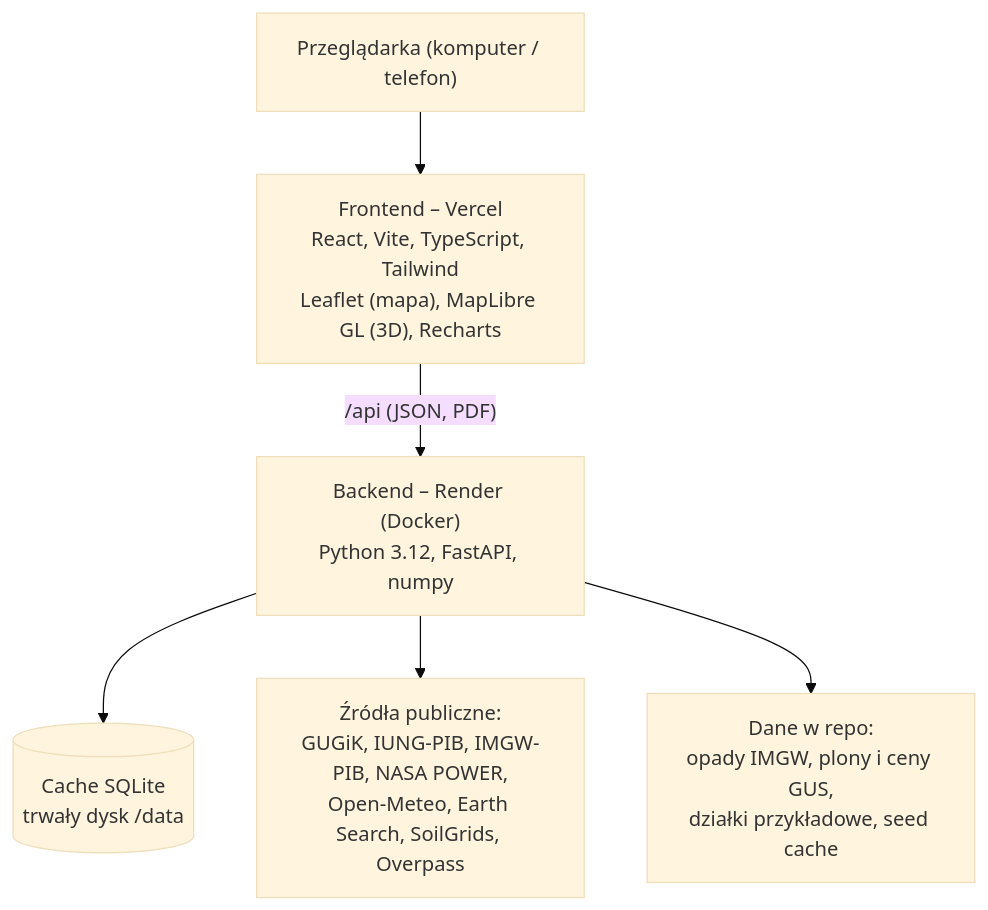
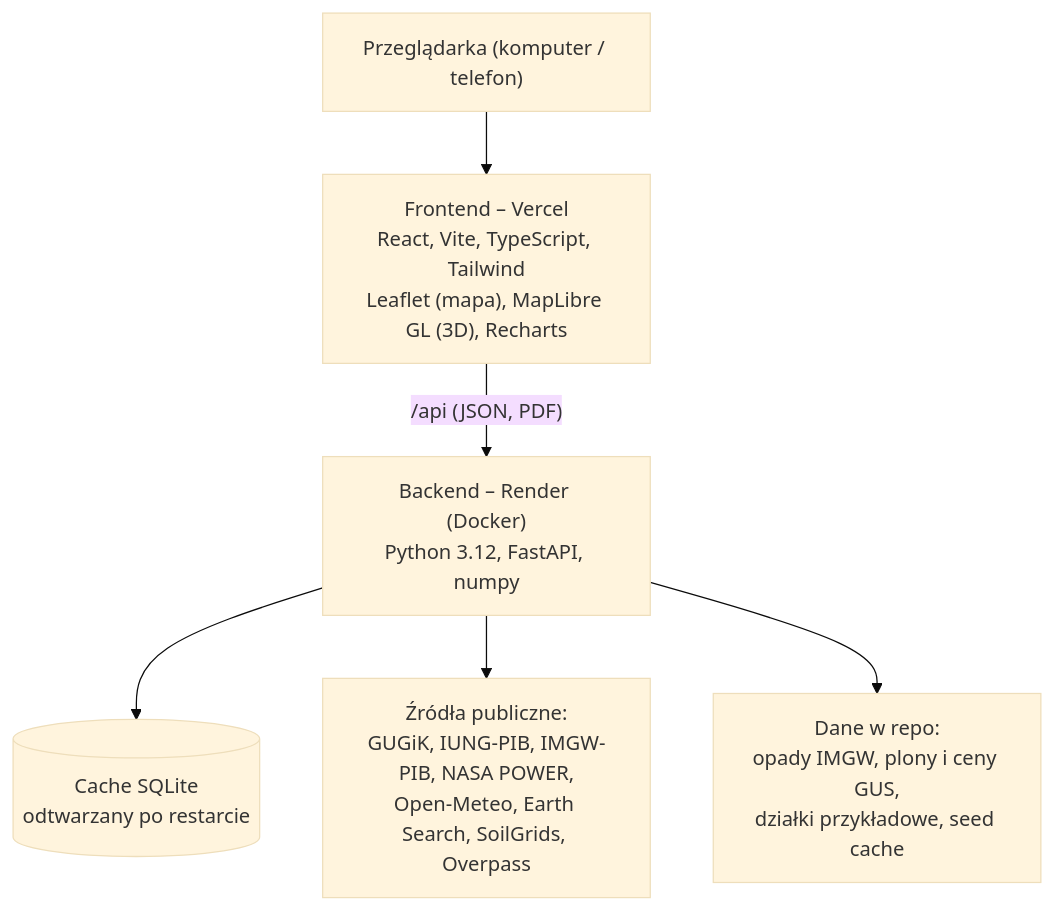
The diagram in README.md (Entity0303/zatrzymaj-wode-), drawn with Mermaid (base theme) before and after one commit. The commit also changed other lines of this file, not shown here.

````diff
--- a/README.md
+++ b/README.md
@@ -136,8 +136,8 @@
 ```mermaid
 flowchart TB
   U["Przeglądarka (komputer / telefon)"] --> F["Frontend – Vercel<br/>React, Vite, TypeScript, Tailwind<br/>Leaflet (mapa), MapLibre GL (3D), Recharts"]
   F -- "/api (JSON, PDF)" --> B["Backend – Render (Docker)<br/>Python 3.12, FastAPI, numpy"]
-  B --> C[("Cache SQLite<br/>trwały dysk /data")]
+  B --> C[("Cache SQLite<br/>odtwarzany po restarcie")]
   B --> S["Źródła publiczne:<br/>GUGiK, IUNG-PIB, IMGW-PIB, NASA POWER,<br/>Open-Meteo, Earth Search, SoilGrids, Overpass"]
   B --> D["Dane w repo:<br/>opady IMGW, plony i ceny GUS,<br/>działki przykładowe, seed cache"]
 ```
````
